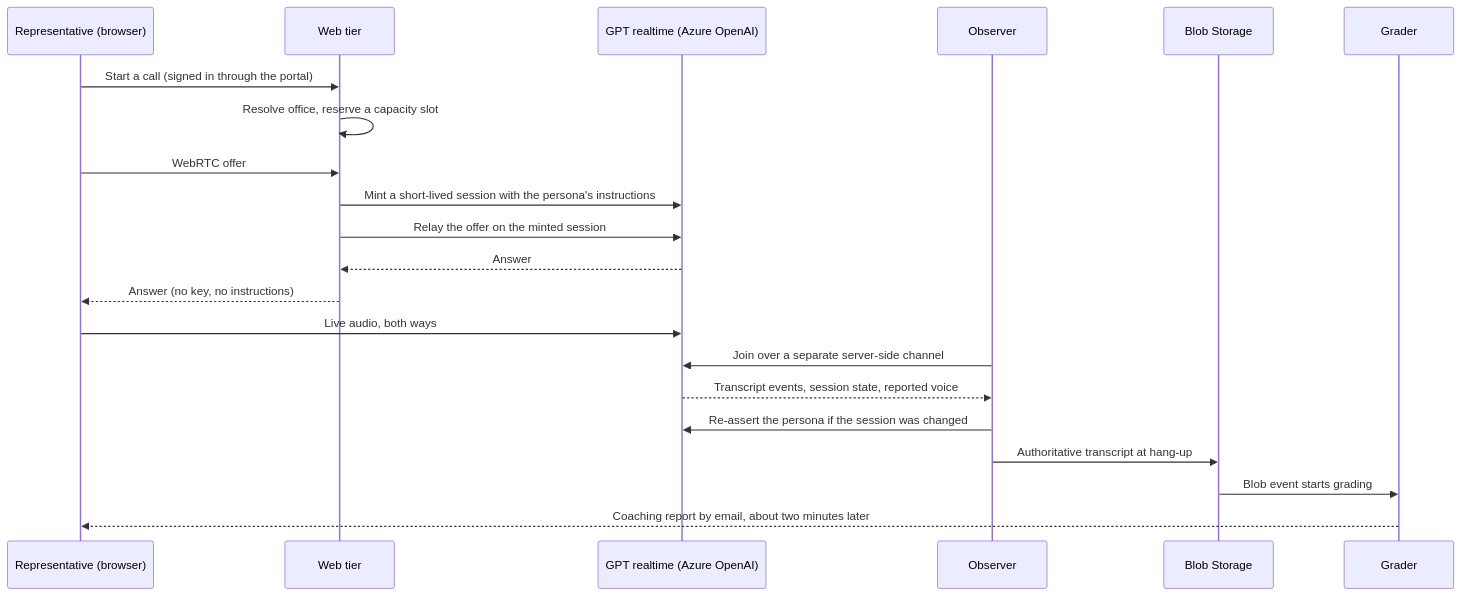
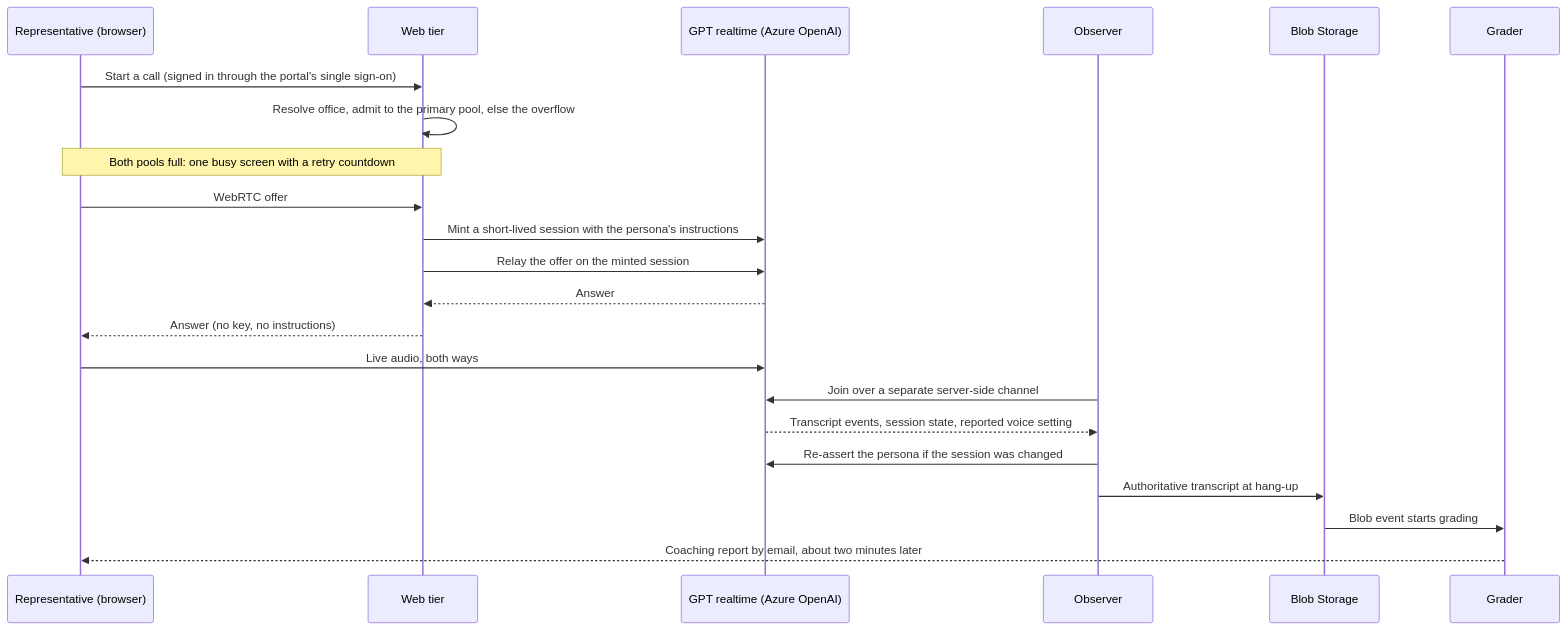
Before and after one commit to AIJSAI/connect-voice-ai-showcase: the diagram in docs/architecture.md, drawn with Mermaid. The commit also changed other lines of this file and 5 other files, not shown here.

````diff
--- a/docs/architecture.md
+++ b/docs/architecture.md
@@ -19,24 +19,25 @@
 ```mermaid
 sequenceDiagram
     participant B as Representative (browser)
     participant W as Web tier
     participant R as GPT realtime (Azure OpenAI)
     participant O as Observer
     participant S as Blob Storage
     participant G as Grader
 
-    B->>W: Start a call (signed in through the portal)
-    W->>W: Resolve office, reserve a capacity slot
+    B->>W: Start a call (signed in through the portal's single sign-on)
+    W->>W: Resolve office, admit to the primary pool, else the overflow
+    Note over B,W: Both pools full: one busy screen with a retry countdown
     B->>W: WebRTC offer
     W->>R: Mint a short-lived session with the persona's instructions
     W->>R: Relay the offer on the minted session
     R-->>W: Answer
     W-->>B: Answer (no key, no instructions)
     B->>R: Live audio, both ways
     O->>R: Join over a separate server-side channel
-    R-->>O: Transcript events, session state, reported voice
+    R-->>O: Transcript events, session state, reported voice setting
     O->>R: Re-assert the persona if the session was changed
     O->>S: Authoritative transcript at hang-up
     S->>G: Blob event starts grading
     G-->>B: Coaching report by email, about two minutes later
 ```
````
